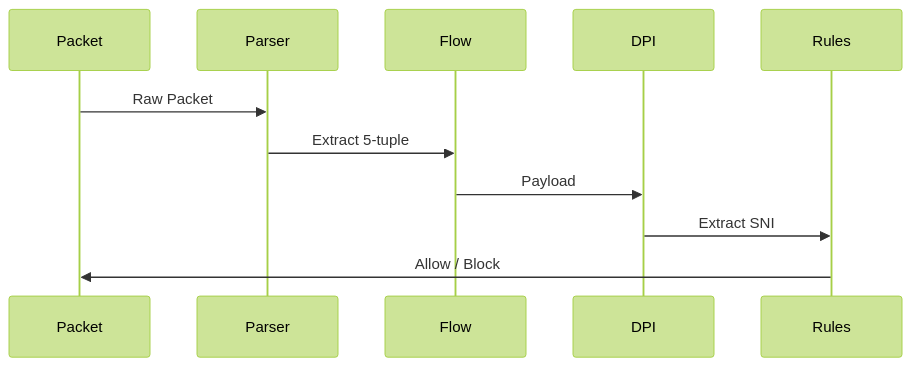
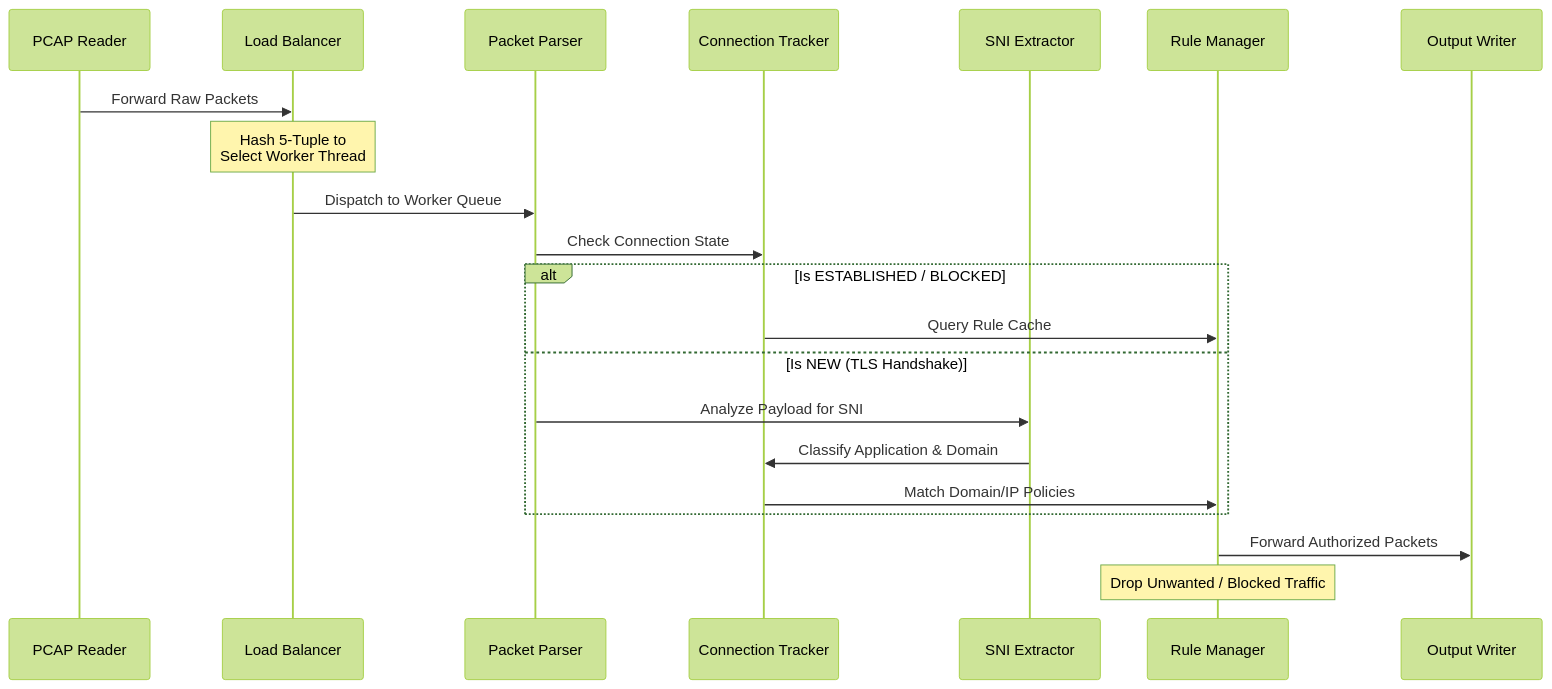
Before and after one commit to Raj-shukla-05/Drishti: the diagram in README.md, drawn with Mermaid (forest theme). The commit also changed other lines of this file, not shown here.

````diff
--- a/README.md
+++ b/README.md
@@ -125,14 +60,24 @@
 ```mermaid
 sequenceDiagram
-    participant P as Packet
-    participant Parser
-    participant Flow
-    participant DPI
-    participant Rules
+    participant Reader as PCAP Reader
+    participant LB as Load Balancer
+    participant Parser as Packet Parser
+    participant Tracker as Connection Tracker
+    participant DPI as SNI Extractor
+    participant Rules as Rule Manager
+    participant Writer as Output Writer
 
-    P->>Parser: Raw Packet
-    Parser->>Flow: Extract 5-tuple
-    Flow->>DPI: Payload
-    DPI->>Rules: Extract SNI
-    Rules->>P: Allow / Block
+    Reader->>LB: Forward Raw Packets
+    Note over LB: Hash 5-Tuple to<br/>Select Worker Thread
+    LB->>Parser: Dispatch to Worker Queue
+    Parser->>Tracker: Check Connection State
+    alt Is ESTABLISHED / BLOCKED
+        Tracker->>Rules: Query Rule Cache
+    else Is NEW (TLS Handshake)
+        Parser->>DPI: Analyze Payload for SNI
+        DPI->>Tracker: Classify Application & Domain
+        Tracker->>Rules: Match Domain/IP Policies
+    end
+    Rules->>Writer: Forward Authorized Packets
+    Note over Rules: Drop Unwanted / Blocked Traffic
 ```
````
